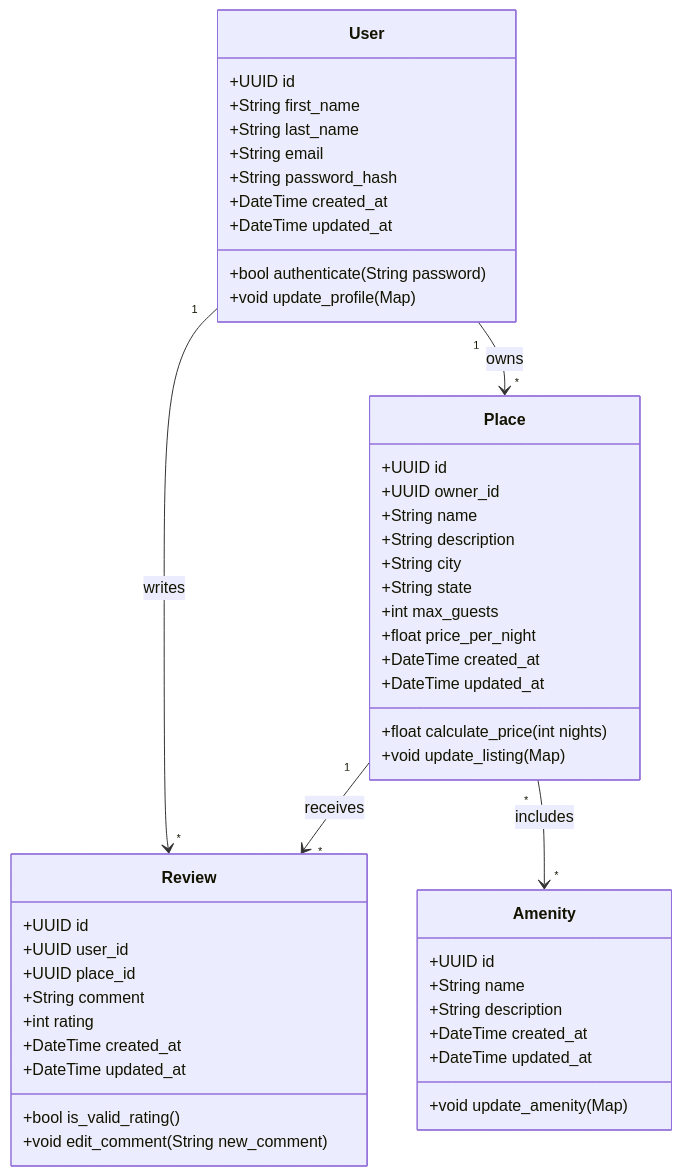
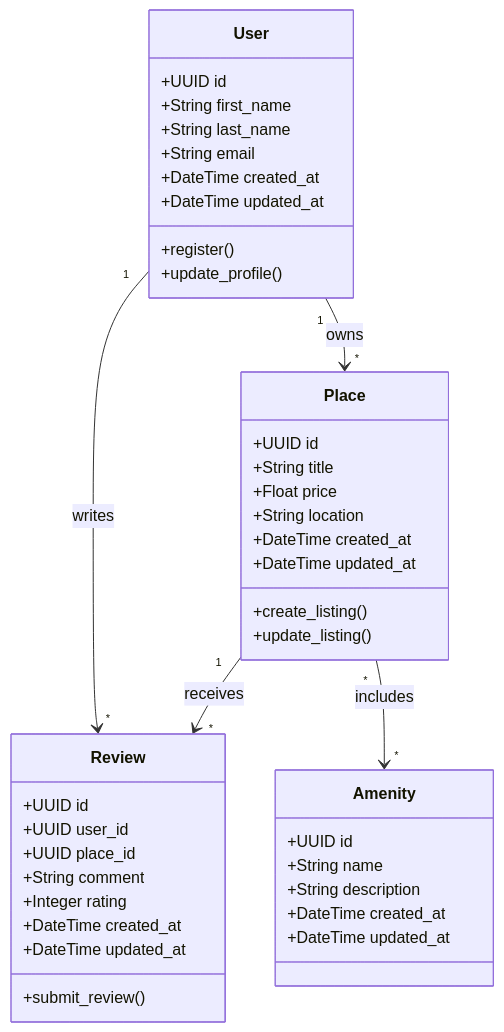
Before and after one commit to Paola-cmyk/holbertonschool-hbnb: the diagram in part1/business_logic_layer.mmd, drawn with Mermaid.

```diff
--- a/part1/business_logic_layer.mmd
+++ b/part1/business_logic_layer.mmd
@@ -1,53 +1,46 @@
 classDiagram
 class User {
     +UUID id
     +String first_name
     +String last_name
     +String email
-    +String password_hash
     +DateTime created_at
     +DateTime updated_at
-    +bool authenticate(String password)
-    +void update_profile(Map<String, Any>)
+    +register()
+    +update_profile()
 }
 
 class Place {
     +UUID id
-    +UUID owner_id
-    +String name
-    +String description
-    +String city
-    +String state
-    +int max_guests
-    +float price_per_night
-    +DateTime created_at
-    +DateTime updated_at
-    +float calculate_price(int nights)
-    +void update_listing(Map<String, Any>)
+      +String title
+      +Float price
+      +String location
+      +DateTime created_at
+      +DateTime updated_at
+      +create_listing()
+      +update_listing()
 }
 
 class Review {
     +UUID id
     +UUID user_id
     +UUID place_id
     +String comment
-    +int rating
+    +Integer rating
     +DateTime created_at
     +DateTime updated_at
-    +bool is_valid_rating()
-    +void edit_comment(String new_comment)
+    +submit_review()
 }
 
 class Amenity {
     +UUID id
     +String name
     +String description
     +DateTime created_at
     +DateTime updated_at
-    +void update_amenity(Map<String, Any>)
 }
 
 User "1" --> "*" Place : owns
 User "1" --> "*" Review : writes
 Place "1" --> "*" Review : receives
 Place "*" --> "*" Amenity : includes
```
